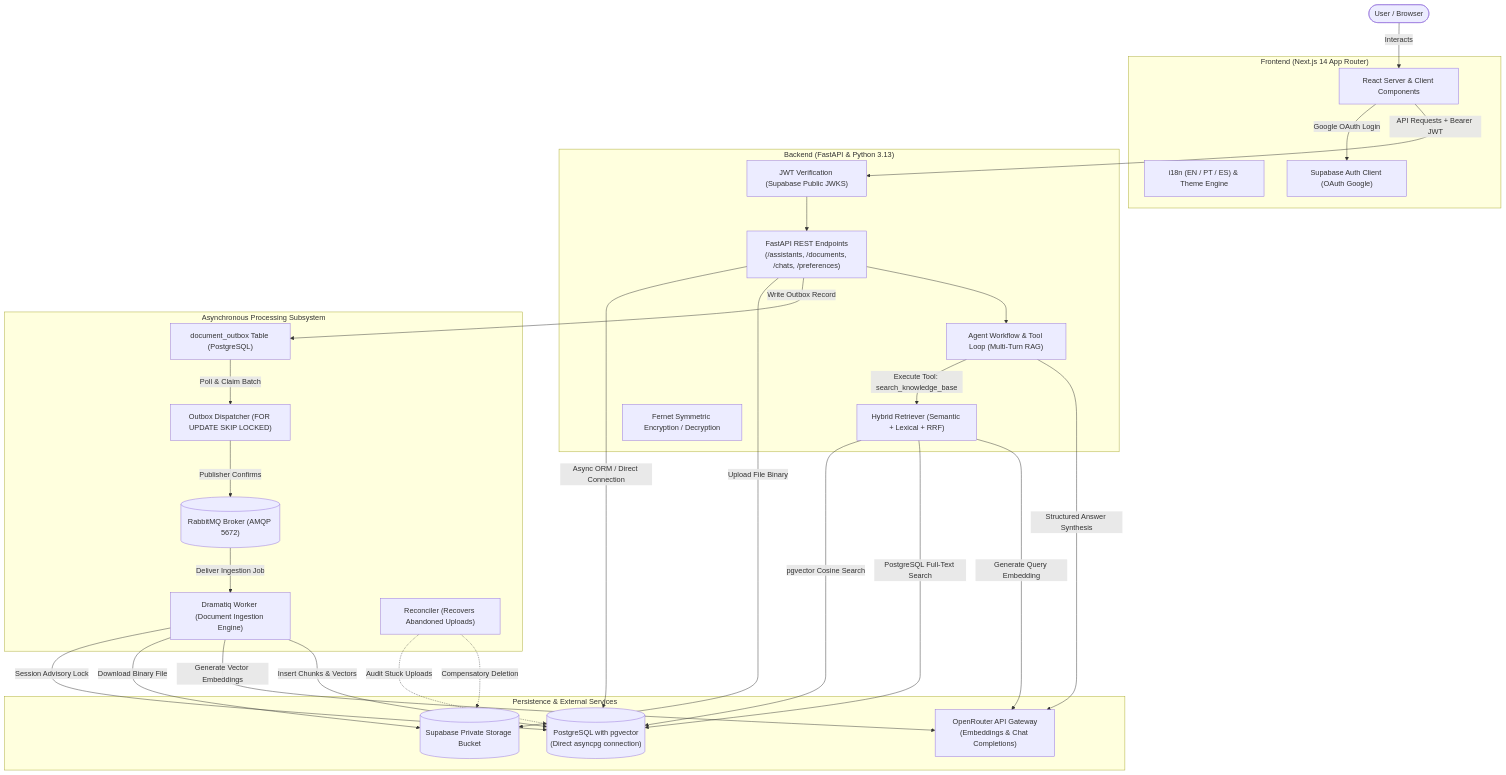
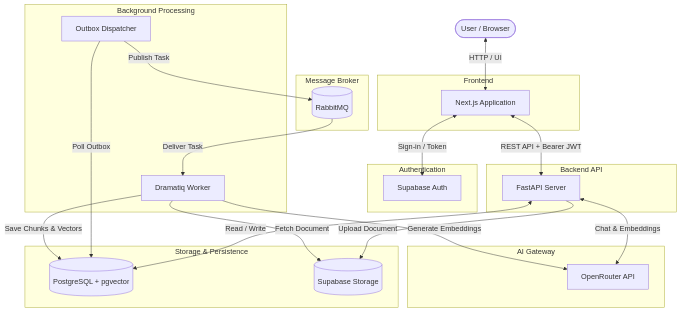
One commit to Bernardons04/source-mind changed the first of 3 diagrams in README.md. Above: the diagram before and after it, drawn with Mermaid. The commit also changed other lines of this file, not shown here.

Commit message:
docs: refine system architecture diagrams

````diff
--- a/README.md
+++ b/README.md
@@ -97,57 +97,50 @@
 ```mermaid
 flowchart TD
     User([User / Browser])
 
-    subgraph Frontend ["Frontend (Next.js 14 App Router)"]
-        UI["React Server & Client Components"]
-        I18N["i18n (EN / PT / ES) & Theme Engine"]
-        SupabaseClient["Supabase Auth Client (OAuth Google)"]
+    subgraph Frontend ["Frontend"]
+        NextJS["Next.js Application"]
     end
 
-    subgraph Backend ["Backend (FastAPI & Python 3.13)"]
-        AuthLayer["JWT Verification (Supabase Public JWKS)"]
-        API["FastAPI REST Endpoints\n(/assistants, /documents, /chats, /preferences)"]
-        AgentLoop["Agent Workflow & Tool Loop (Multi-Turn RAG)"]
-        HybridRetriever["Hybrid Retriever (Semantic + Lexical + RRF)"]
-        CryptoService["Fernet Symmetric Encryption / Decryption"]
+    subgraph Auth ["Authentication"]
+        SupabaseAuth["Supabase Auth"]
     end
 
-    subgraph AsyncPipeline ["Asynchronous Processing Subsystem"]
-        Outbox["document_outbox Table (PostgreSQL)"]
-        Dispatcher["Outbox Dispatcher (FOR UPDATE SKIP LOCKED)"]
-        RabbitMQ[("RabbitMQ Broker (AMQP 5672)")]
-        Worker["Dramatiq Worker (Document Ingestion Engine)"]
-        Reconciler["Reconciler (Recovers Abandoned Uploads)"]
+    subgraph Backend ["Backend API"]
+        FastAPI["FastAPI Server"]
     end
 
-    subgraph DataStorage ["Persistence & External Services"]
-        SupabaseDB[("PostgreSQL with pgvector\n(Direct asyncpg connection)")]
-        Storage[("Supabase Private Storage Bucket")]
-        OpenRouter["OpenRouter API Gateway\n(Embeddings & Chat Completions)"]
+    subgraph MessageBroker ["Message Broker"]
+        RabbitMQ[("RabbitMQ")]
     end
 
-    User -->|Interacts| UI
-    UI -->|Google OAuth Login| SupabaseClient
-    UI -->|API Requests + Bearer JWT| AuthLayer
-    AuthLayer --> API
-    API -->|Async ORM / Direct Connection| SupabaseDB
-    API -->|Upload File Binary| Storage
-    API -->|Write Outbox Record| Outbox
-    API --> AgentLoop
+    subgraph Background ["Background Processing"]
+        Dispatcher["Outbox Dispatcher"]
+        Worker["Dramatiq Worker"]
+    end
 
-    Outbox -->|Poll & Claim Batch| Dispatcher
-    Dispatcher -->|Publisher Confirms| RabbitMQ
-    RabbitMQ -->|Deliver Ingestion Job| Worker
-    Worker -->|Session Advisory Lock| SupabaseDB
-    Worker -->|Download Binary File| Storage
-    Worker -->|Generate Vector Embeddings| OpenRouter
-    Worker -->|Insert Chunks & Vectors| SupabaseDB
-    Reconciler -.->|Audit Stuck Uploads| SupabaseDB
-    Reconciler -.->|Compensatory Deletion| Storage
+    subgraph StorageEngine ["Storage & Persistence"]
+        Postgres[("PostgreSQL + pgvector")]
+        Storage[("Supabase Storage")]
+    end
 
-    AgentLoop -->|Execute Tool: search_knowledge_base| HybridRetriever
-    HybridRetriever -->|pgvector Cosine Search| SupabaseDB
-    HybridRetriever -->|PostgreSQL Full-Text Search| SupabaseDB
-    HybridRetriever -->|Generate Query Embedding| OpenRouter
-    AgentLoop -->|Structured Answer Synthesis| OpenRouter
+    subgraph AI ["AI Gateway"]
+        OpenRouter["OpenRouter API"]
+    end
+
+    User <-->|HTTP / UI| NextJS
+    NextJS <-->|Sign-in / Token| SupabaseAuth
+    NextJS <-->|REST API + Bearer JWT| FastAPI
+
+    FastAPI <-->|Read / Write| Postgres
+    FastAPI -->|Upload Document| Storage
+    FastAPI <-->|Chat & Embeddings| OpenRouter
+
+    Dispatcher -->|Poll Outbox| Postgres
+    Dispatcher -->|Publish Task| RabbitMQ
+    RabbitMQ -->|Deliver Task| Worker
+
+    Worker -->|Fetch Document| Storage
+    Worker -->|Generate Embeddings| OpenRouter
+    Worker -->|Save Chunks & Vectors| Postgres
 ```
````
